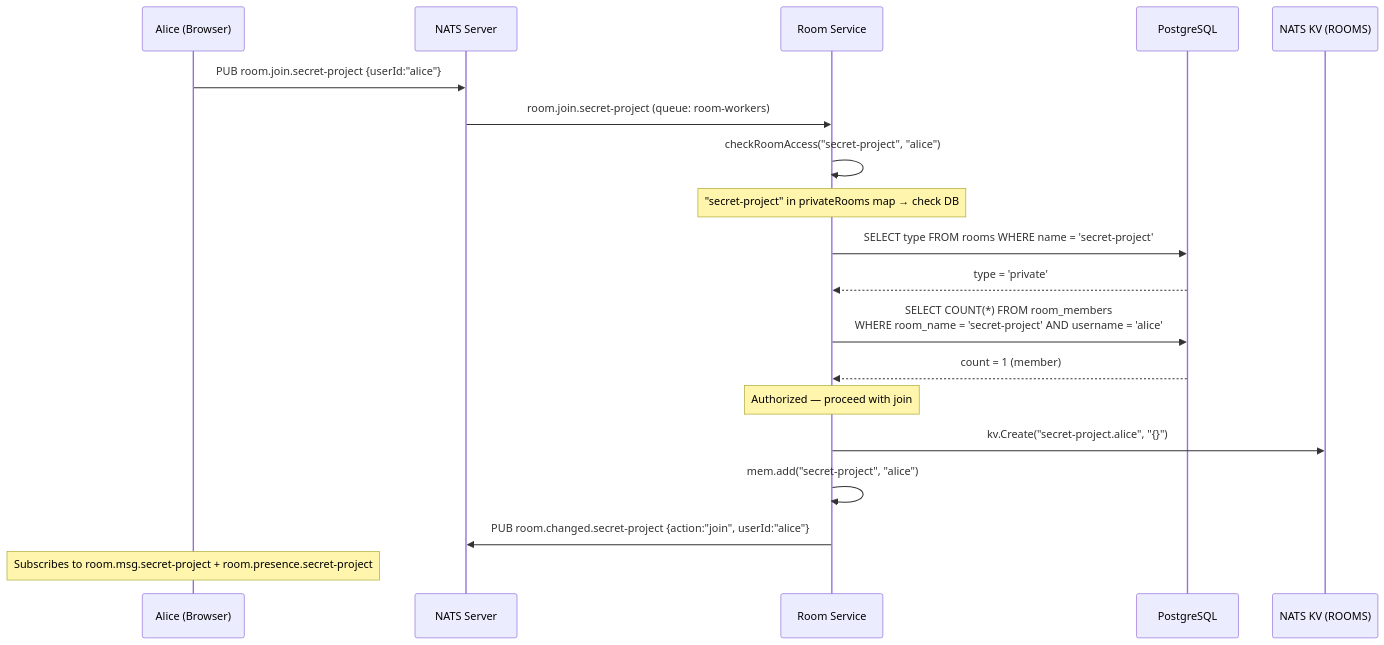
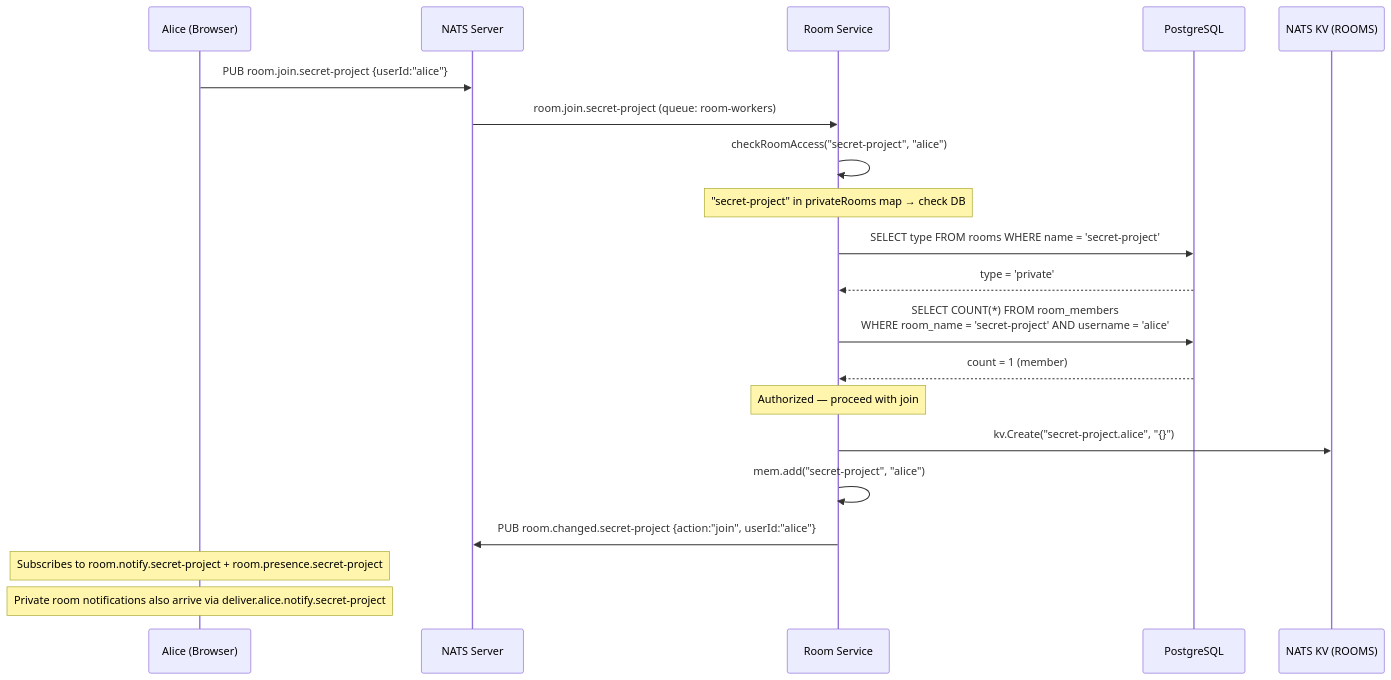
One commit to julianshen/nats-chat-keycloak changed the fifth of 16 diagrams in docs/plans/2026-02-25-room-subscription-design.md. Above: the diagram before and after it, drawn with Mermaid. The commit also changed other lines of this file, not shown here.

First line of the commit message:
docs: rewrite room subscription design for two-stream architecture

````diff
--- a/docs/plans/2026-02-25-room-subscription-design.md
+++ b/docs/plans/2026-02-25-room-subscription-design.md
@@ -168,28 +220,29 @@
 ```mermaid
 sequenceDiagram
     participant Browser as Alice (Browser)
     participant NATS as NATS Server
     participant RoomSvc as Room Service
     participant DB as PostgreSQL
     participant KV as NATS KV (ROOMS)
 
     Browser->>NATS: PUB room.join.secret-project {userId:"alice"}
     NATS->>RoomSvc: room.join.secret-project (queue: room-workers)
 
     RoomSvc->>RoomSvc: checkRoomAccess("secret-project", "alice")
     Note over RoomSvc: "secret-project" in privateRooms map → check DB
 
     RoomSvc->>DB: SELECT type FROM rooms WHERE name = 'secret-project'
     DB-->>RoomSvc: type = 'private'
 
     RoomSvc->>DB: SELECT COUNT(*) FROM room_members<br/>WHERE room_name = 'secret-project' AND username = 'alice'
     DB-->>RoomSvc: count = 1 (member)
 
     Note over RoomSvc: Authorized — proceed with join
 
     RoomSvc->>KV: kv.Create("secret-project.alice", "{}")
     RoomSvc->>RoomSvc: mem.add("secret-project", "alice")
     RoomSvc->>NATS: PUB room.changed.secret-project {action:"join", userId:"alice"}
 
-    Note over Browser: Subscribes to room.msg.secret-project + room.presence.secret-project
+    Note over Browser: Subscribes to room.notify.secret-project + room.presence.secret-project
+    Note over Browser: Private room notifications also arrive via deliver.alice.notify.secret-project
 ```
````
